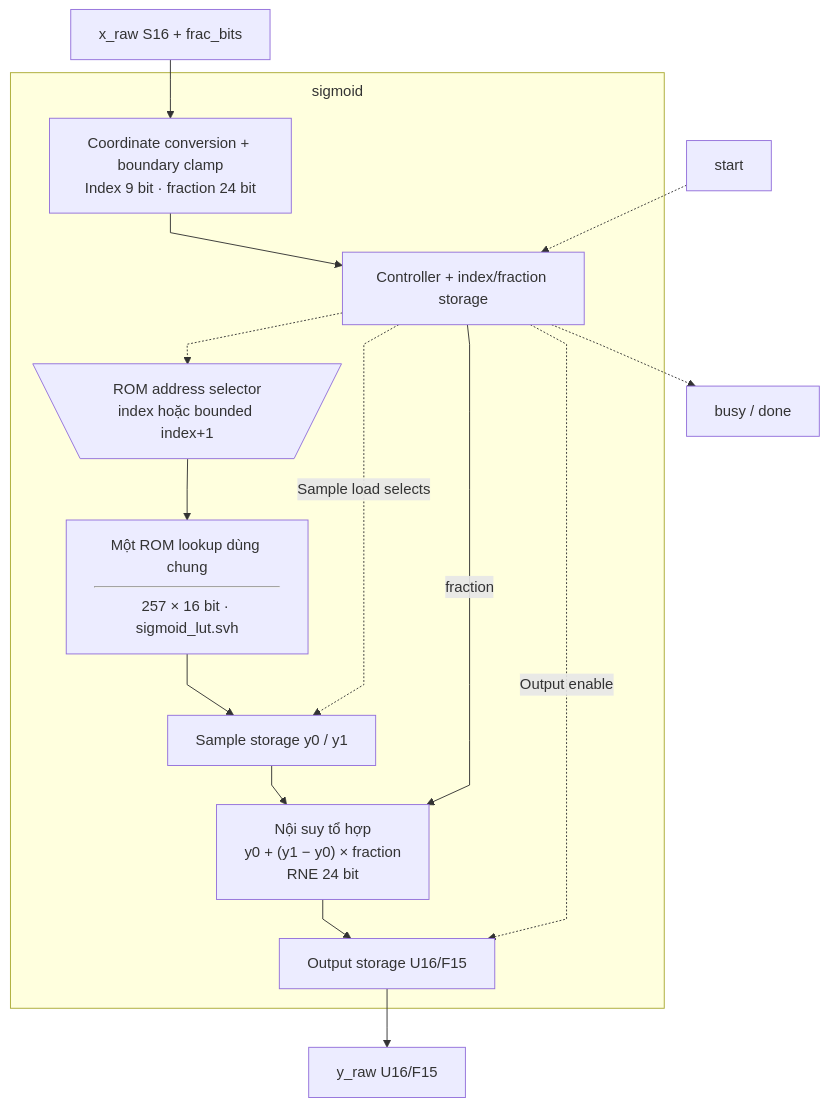
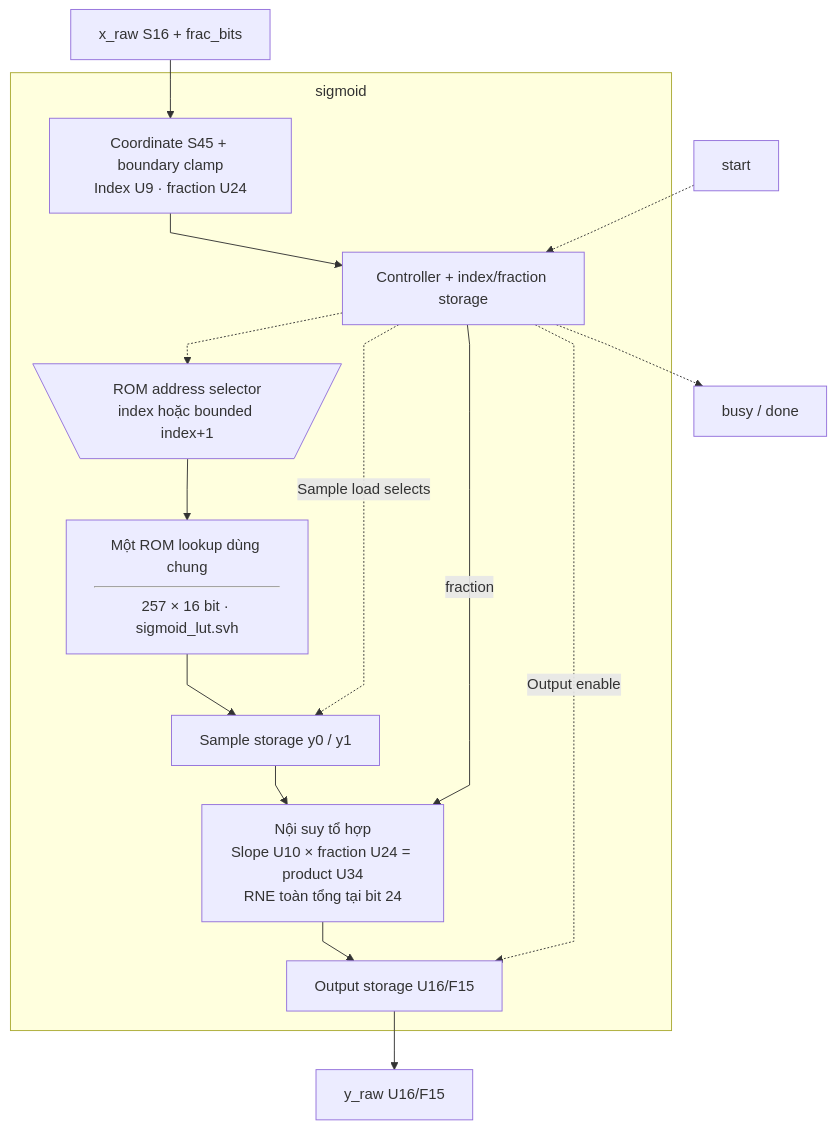
One commit to nguyennhutkhanhtom/NPU changed the first of 2 diagrams in docs/source_guide/blocks/sigmoid.sv.md. Above: the diagram before and after it, drawn with Mermaid. The commit also changed other lines of this file and 123 other files, not shown here.

````diff
--- a/docs/source_guide/blocks/sigmoid.sv.md
+++ b/docs/source_guide/blocks/sigmoid.sv.md
@@ -15,27 +15,27 @@
 ```mermaid
 flowchart TB
 %%{init: {"flowchart": {"subGraphTitleMargin": {"top": 8, "bottom": 20}, "nodeSpacing": 28, "rankSpacing": 42, "curve": "linear"}}}%%
     X["x_raw S16 + frac_bits"]
     subgraph SIG["sigmoid"]
-        COORD["Coordinate conversion + boundary clamp<br/>Index 9 bit · fraction 24 bit"]
+        COORD["Coordinate S45 + boundary clamp<br/>Index U9 · fraction U24"]
         CTRL["Controller + index/fraction storage"]
         ADDR@{ shape: trap-t, label: "ROM address selector<br/>index hoặc bounded index+1" }
         ROM@{ shape: rect, label: "Một ROM lookup dùng chung<hr/>257 × 16 bit · sigmoid_lut.svh" }
         SAMPLES["Sample storage y0 / y1"]
-        INTERP["Nội suy tổ hợp<br/>y0 + (y1 − y0) × fraction<br/>RNE 24 bit"]
+        INTERP["Nội suy tổ hợp<br/>Slope U10 × fraction U24 = product U34<br/>RNE toàn tổng tại bit 24"]
         OUT["Output storage U16/F15"]
     end
     X --> COORD
     COORD --> CTRL
     START["start"] -.-> CTRL
     CTRL -.-> ADDR
     ADDR --> ROM
     ROM --> SAMPLES
     CTRL -.->|"Sample load selects"| SAMPLES
     SAMPLES --> INTERP
     CTRL -->|"fraction"| INTERP
     INTERP --> OUT
     CTRL -.->|"Output enable"| OUT
     OUT --> Y["y_raw U16/F15"]
     CTRL -.-> STATUS["busy / done"]
 ```
````
